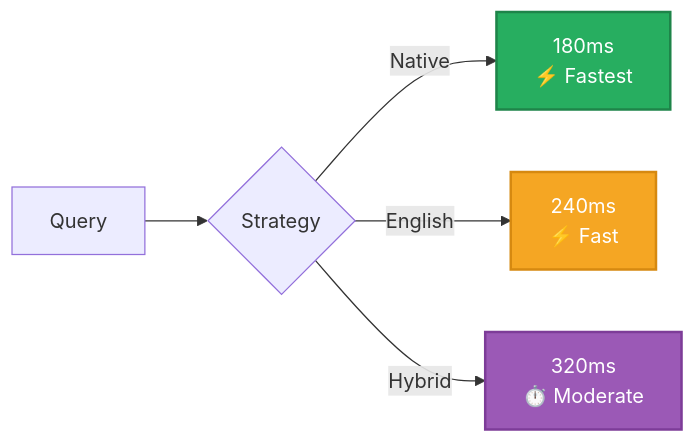
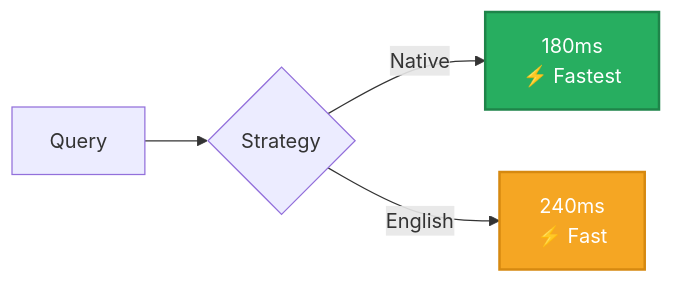
One commit to hugogirard/RagMultilanguageDemo changed the sixth of 6 diagrams in README.md. Above: the diagram before and after it, drawn with Mermaid. The commit also changed other lines of this file and 5 other files, not shown here.

````diff
--- a/README.md
+++ b/README.md
@@ -691,11 +631,9 @@
 ```mermaid
 graph LR
     A[Query] --> B{Strategy}
     B -->|Native| C[180ms<br/>⚡ Fastest]
     B -->|English| D[240ms<br/>⚡ Fast]
-    B -->|Hybrid| E[320ms<br/>⏱️ Moderate]
     
     style C fill:#27AE60,stroke:#1E8449,stroke-width:2px,color:#fff
     style D fill:#F5A623,stroke:#D68910,stroke-width:2px,color:#fff
-    style E fill:#9B59B6,stroke:#7D3C98,stroke-width:2px,color:#fff
 ```
````
